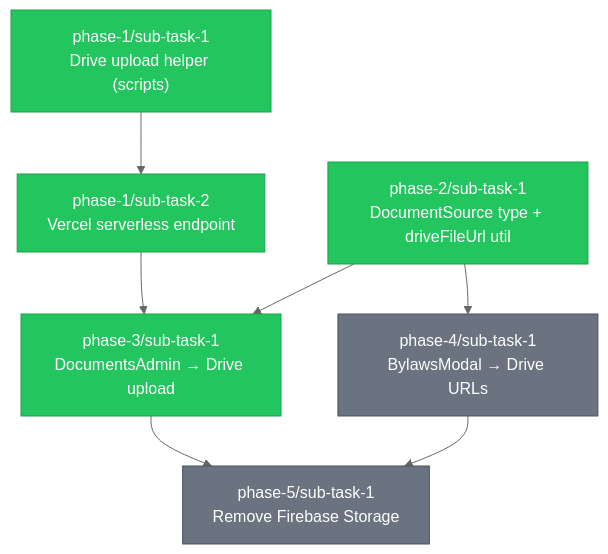
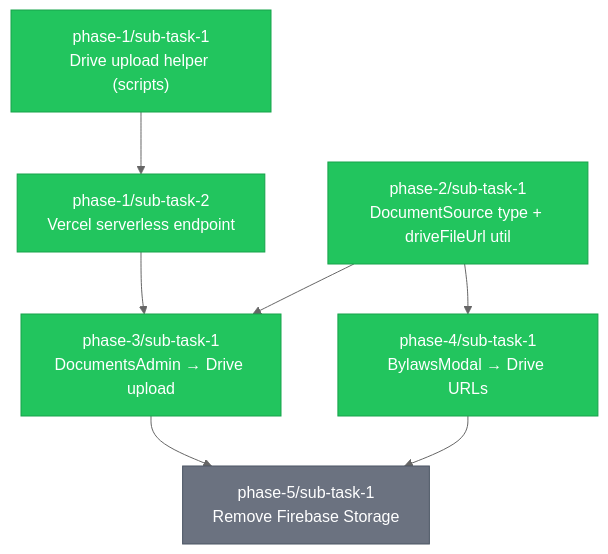
The diagram in .claude/tasks/TASKS.md (Bagwell-Oil-Imaging/late-night-happy-hour-league-site), drawn with Mermaid (neutral theme) before and after one commit. The commit also changed other lines of this file, not shown here.

````diff
--- a/.claude/tasks/TASKS.md
+++ b/.claude/tasks/TASKS.md
@@ -18,40 +18,40 @@
 ```mermaid
 graph TD
     %% Phase 1: Infrastructure
     P1T1["phase-1/sub-task-1<br/>Drive upload helper (scripts)"]
     P1T2["phase-1/sub-task-2<br/>Vercel serverless endpoint"]
 
     %% Phase 2: Types & Utilities
     P2T1["phase-2/sub-task-1<br/>DocumentSource type + driveFileUrl util"]
 
     %% Phase 3: Admin UI
     P3T1["phase-3/sub-task-1<br/>DocumentsAdmin → Drive upload"]
 
     %% Phase 4: Frontend
     P4T1["phase-4/sub-task-1<br/>BylawsModal → Drive URLs"]
 
     %% Phase 5: Cleanup
     P5T1["phase-5/sub-task-1<br/>Remove Firebase Storage"]
 
     %% Dependencies
     P1T1 --> P1T2
     P1T2 --> P3T1
     P2T1 --> P3T1
     P2T1 --> P4T1
     P3T1 --> P5T1
     P4T1 --> P5T1
 
     %% Status styling
     classDef completed fill:#22c55e,stroke:#16a34a,color:#fff
     classDef inprogress fill:#eab308,stroke:#ca8a04,color:#fff
     classDef pending fill:#6b7280,stroke:#4b5563,color:#fff
     classDef blocked fill:#ef4444,stroke:#dc2626,color:#fff
 
     %% Apply status classes
     class P1T1 completed
     class P1T2 completed
     class P2T1 completed
     class P3T1 completed
-    class P4T1 pending
+    class P4T1 completed
     class P5T1 pending
 ```
````
